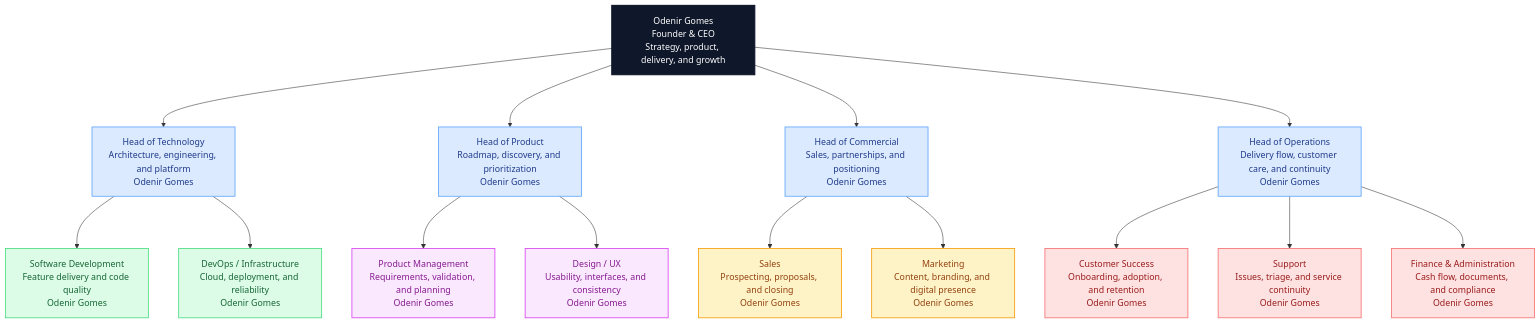
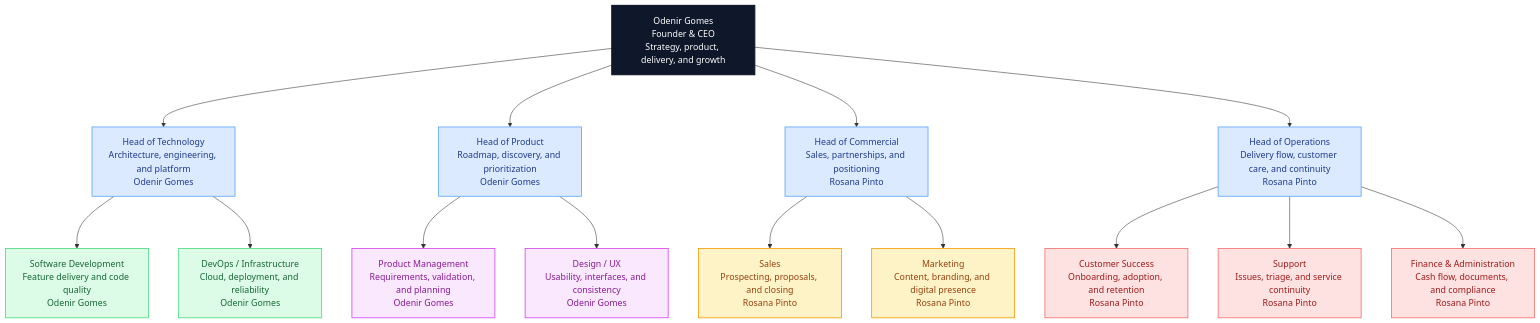
Before and after one commit to ogs-tech/.github: the diagram in profile/about/README.md, drawn with Mermaid. The commit also changed other lines of this file, not shown here.

Commit message:
docs: update organizational chart to reflect current leadership roles in README

````diff
--- a/profile/about/README.md
+++ b/profile/about/README.md
@@ -37,38 +37,38 @@
 ```mermaid
 %%{init: {"flowchart": {"nodeSpacing": 55, "rankSpacing": 95, "diagramPadding": 28, "useMaxWidth": true}}}%%
 flowchart TB
 
     CEO["Odenir Gomes<br/>Founder & CEO<br/>Strategy, product, delivery, and growth"]
 
     CEO --> TECH["Head of Technology<br/>Architecture, engineering, and platform<br/>Odenir Gomes"]
     CEO --> PRODUCT["Head of Product<br/>Roadmap, discovery, and prioritization<br/>Odenir Gomes"]
-    CEO --> BUSINESS["Head of Commercial<br/>Sales, partnerships, and positioning<br/>Odenir Gomes"]
-    CEO --> OPS["Head of Operations<br/>Delivery flow, customer care, and continuity<br/>Odenir Gomes"]
+    CEO --> BUSINESS["Head of Commercial<br/>Sales, partnerships, and positioning<br/>Rosana Pinto"]
+    CEO --> OPS["Head of Operations<br/>Delivery flow, customer care, and continuity<br/>Rosana Pinto"]
 
     TECH --> SDE["Software Development<br/>Feature delivery and code quality<br/>Odenir Gomes"]
     TECH --> DEVOPS["DevOps / Infrastructure<br/>Cloud, deployment, and reliability<br/>Odenir Gomes"]
 
     PRODUCT --> PM["Product Management<br/>Requirements, validation, and planning<br/>Odenir Gomes"]
     PRODUCT --> DESIGN["Design / UX<br/>Usability, interfaces, and consistency<br/>Odenir Gomes"]
 
-    BUSINESS --> SALES["Sales<br/>Prospecting, proposals, and closing<br/>Odenir Gomes"]
-    BUSINESS --> MKT["Marketing<br/>Content, branding, and digital presence<br/>Odenir Gomes"]
+    BUSINESS --> SALES["Sales<br/>Prospecting, proposals, and closing<br/>Rosana Pinto"]
+    BUSINESS --> MKT["Marketing<br/>Content, branding, and digital presence<br/>Rosana Pinto"]
 
-    OPS --> CS["Customer Success<br/>Onboarding, adoption, and retention<br/>Odenir Gomes"]
-    OPS --> SUPPORT["Support<br/>Issues, triage, and service continuity<br/>Odenir Gomes"]
-    OPS --> FIN["Finance & Administration<br/>Cash flow, documents, and compliance<br/>Odenir Gomes"]
+    OPS --> CS["Customer Success<br/>Onboarding, adoption, and retention<br/>Rosana Pinto"]
+    OPS --> SUPPORT["Support<br/>Issues, triage, and service continuity<br/>Rosana Pinto"]
+    OPS --> FIN["Finance & Administration<br/>Cash flow, documents, and compliance<br/>Rosana Pinto"]
 
     classDef founder fill:#0f172a,color:#ffffff,stroke:#0f172a,stroke-width:2px;
     classDef heads fill:#dbeafe,color:#1e3a8a,stroke:#60a5fa,stroke-width:1.5px;
     classDef tech fill:#dcfce7,color:#166534,stroke:#4ade80,stroke-width:1.5px;
     classDef product fill:#fae8ff,color:#86198f,stroke:#d946ef,stroke-width:1.5px;
     classDef growth fill:#fef3c7,color:#92400e,stroke:#f59e0b,stroke-width:1.5px;
     classDef ops fill:#fee2e2,color:#991b1b,stroke:#f87171,stroke-width:1.5px;
 
     class CEO founder;
     class TECH,PRODUCT,BUSINESS,OPS heads;
     class SDE,DEVOPS tech;
     class PM,DESIGN product;
     class SALES,MKT growth;
     class CS,SUPPORT,FIN ops;
 ```
````
